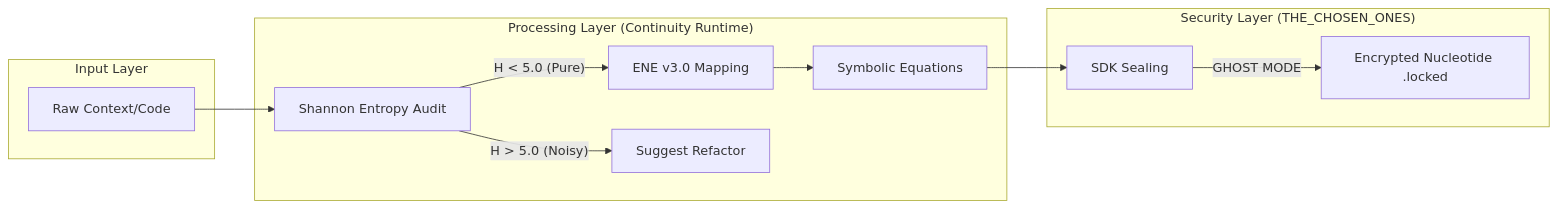
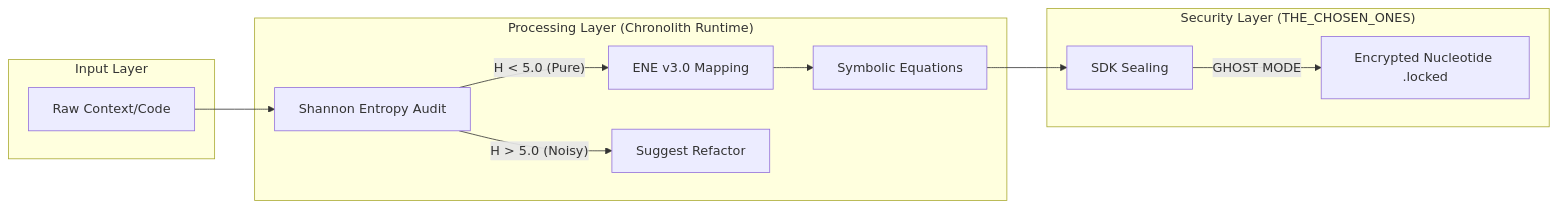
The second of 3 diagrams in README.md (SteveBlackbeard/CHRONOLITH-by-Ethernium), drawn with Mermaid before and after one commit. The commit also changed other lines of this file and 485 other files, not shown here.

First line of the commit message:
Rename: Continuity Legacy -> Chronolith (complete)

````diff
--- a/README.md
+++ b/README.md
@@ -277,16 +277,16 @@
 ```mermaid
 graph LR
     subgraph "Input Layer"
         RAW[Raw Context/Code]
     end
-    subgraph "Processing Layer (Continuity Runtime)"
+    subgraph "Processing Layer (Chronolith Runtime)"
         RAW --> H[Shannon Entropy Audit]
         H -- "H < 5.0 (Pure)" --> ENE[ENE v3.0 Mapping]
         H -- "H > 5.0 (Noisy)" --> REF[Suggest Refactor]
         ENE --> SYMB[Symbolic Equations]
     end
     subgraph "Security Layer (THE_CHOSEN_ONES)"
         SYMB --> SDK[SDK Sealing]
         SDK -- "GHOST MODE" --> LOCK[Encrypted Nucleotide .locked]
     end
 ```
````
